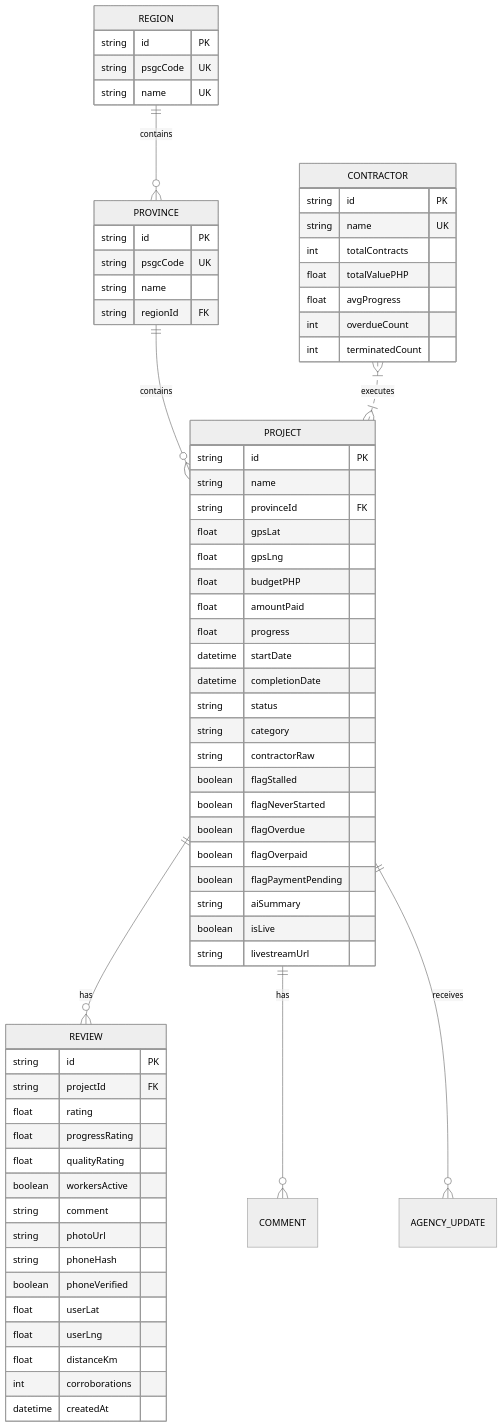
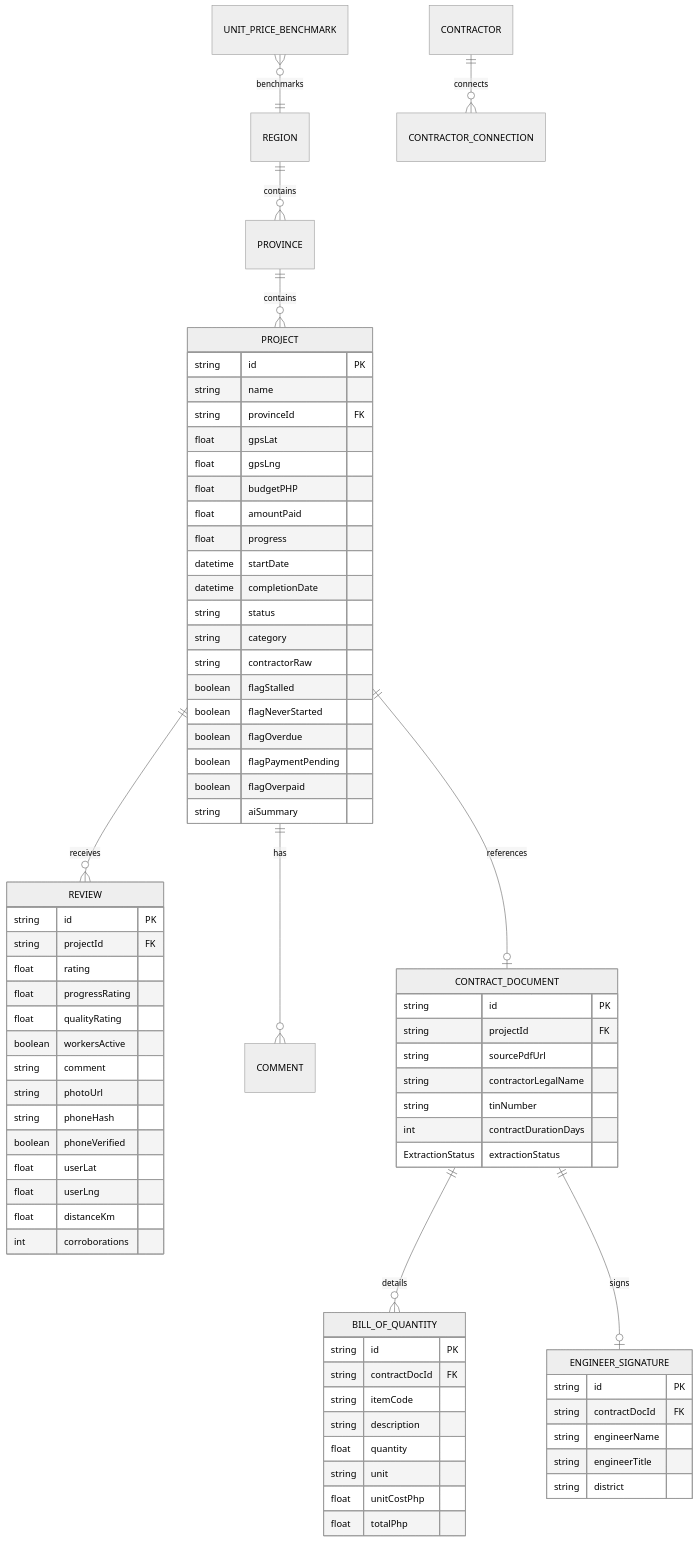
The second of 2 diagrams in PHILTRACE_DOCUMENTATION.md (EsBazza/PhilTrace), drawn with Mermaid (neutral theme) before and after one commit. The commit also changed other lines of this file and 22 other files, not shown here.

````diff
--- a/PHILTRACE_DOCUMENTATION.md
+++ b/PHILTRACE_DOCUMENTATION.md
@@ -104,74 +247,80 @@
 ```mermaid
 erDiagram
     REGION ||--o{ PROVINCE : contains
     PROVINCE ||--o{ PROJECT : contains
-    PROJECT ||--o{ REVIEW : has
+    PROJECT ||--o{ REVIEW : receives
     PROJECT ||--o{ COMMENT : has
-    PROJECT ||--o{ AGENCY_UPDATE : receives
-    CONTRACTOR }|..|{ PROJECT : executes
-
-    REGION {
-        string id PK
-        string psgcCode UK
-        string name UK
-    }
-
-    PROVINCE {
-        string id PK
-        string psgcCode UK
-        string name
-        string regionId FK
-    }
+    PROJECT ||--o| CONTRACT_DOCUMENT : references
+    CONTRACT_DOCUMENT ||--o{ BILL_OF_QUANTITY : details
+    CONTRACT_DOCUMENT ||--o| ENGINEER_SIGNATURE : signs
+    CONTRACTOR ||--o{ CONTRACTOR_CONNECTION : connects
+    UNIT_PRICE_BENCHMARK }o--|| REGION : benchmarks
 
     PROJECT {
         string id PK
         string name
         string provinceId FK
         float gpsLat
         float gpsLng
         float budgetPHP
         float amountPaid
         float progress
         datetime startDate
         datetime completionDate
         string status
         string category
         string contractorRaw
         boolean flagStalled
         boolean flagNeverStarted
         boolean flagOverdue
+        boolean flagPaymentPending
         boolean flagOverpaid
-        boolean flagPaymentPending
         string aiSummary
-        boolean isLive
-        string livestreamUrl
     }
 
     REVIEW {
         string id PK
         string projectId FK
         float rating
         float progressRating
         float qualityRating
         boolean workersActive
         string comment
         string photoUrl
         string phoneHash
         boolean phoneVerified
         float userLat
         float userLng
         float distanceKm
         int corroborations
-        datetime createdAt
     }
 
-    CONTRACTOR {
+    CONTRACT_DOCUMENT {
         string id PK
-        string name UK
-        int totalContracts
-        float totalValuePHP
-        float avgProgress
-        int overdueCount
-        int terminatedCount
+        string projectId FK
+        string sourcePdfUrl
+        string contractorLegalName
+        string tinNumber
+        int contractDurationDays
+        ExtractionStatus extractionStatus
+    }
+
+    BILL_OF_QUANTITY {
+        string id PK
+        string contractDocId FK
+        string itemCode
+        string description
+        float quantity
+        string unit
+        float unitCostPhp
+        float totalPhp
+    }
+
+    ENGINEER_SIGNATURE {
+        string id PK
+        string contractDocId FK
+        string engineerName
+        string engineerTitle
+        string district
     }
 ```
````
